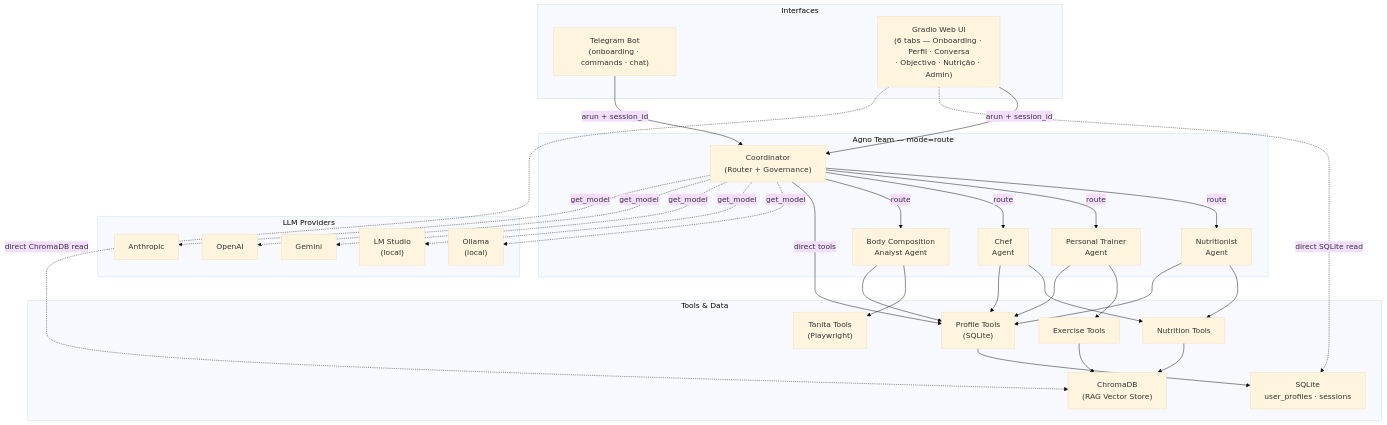
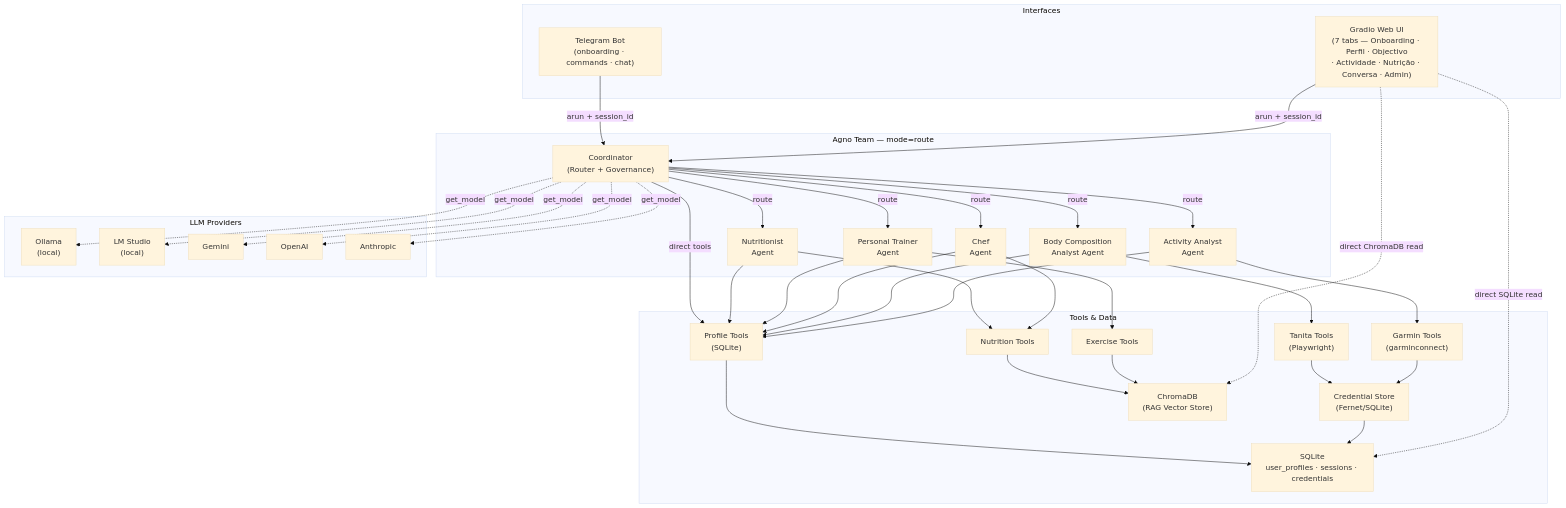
One commit to brunomigueldasilva/my-health-assistant changed the first of 8 diagrams in ARCHITECTURE.md. Above: the diagram before and after it, drawn with Mermaid (base theme). The commit also changed other lines of this file and 19 other files, not shown here.

First line of the commit message:
Add Garmin Connect integration, Activity Analyst agent, and credential store

````diff
--- a/ARCHITECTURE.md
+++ b/ARCHITECTURE.md
@@ -9,58 +9,66 @@
 ```mermaid
 graph TB
     subgraph Interfaces
         TG["Telegram Bot\n(onboarding · commands · chat)"]
-        GR["Gradio Web UI\n(6 tabs — Onboarding · Perfil · Conversa\n· Objectivo · Nutrição · Admin)"]
+        GR["Gradio Web UI\n(7 tabs — Onboarding · Perfil · Objectivo\n· Actividade · Nutrição · Conversa · Admin)"]
     end
 
     subgraph agnoTeam["Agno Team — mode=route"]
         CO["Coordinator\n(Router + Governance)"]
         NU["Nutritionist\nAgent"]
         TR["Personal Trainer\nAgent"]
         CH["Chef\nAgent"]
         BC["Body Composition\nAnalyst Agent"]
+        AA["Activity Analyst\nAgent"]
     end
 
     subgraph tools["Tools & Data"]
         PT["Profile Tools\n(SQLite)"]
         NT["Nutrition Tools"]
         ET["Exercise Tools"]
         TT["Tanita Tools\n(Playwright)"]
+        GT["Garmin Tools\n(garminconnect)"]
+        CS["Credential Store\n(Fernet/SQLite)"]
         KB["ChromaDB\n(RAG Vector Store)"]
-        DB["SQLite\nuser_profiles · sessions"]
+        DB["SQLite\nuser_profiles · sessions · credentials"]
     end
 
     subgraph llmProviders["LLM Providers"]
         OL["Ollama\n(local)"]
         LS["LM Studio\n(local)"]
         GM["Gemini"]
         OA["OpenAI"]
         AN["Anthropic"]
     end
 
     TG -->|arun + session_id| CO
     GR -->|arun + session_id| CO
 
     CO -->|route| NU
     CO -->|route| TR
     CO -->|route| CH
     CO -->|route| BC
+    CO -->|route| AA
     CO -->|direct tools| PT
 
     NU --> NT & PT
     TR --> ET & PT
     CH --> NT & PT
     BC --> TT & PT
+    AA --> GT & PT
 
     NT & ET --> KB
     PT --> DB
+    TT --> CS
+    GT --> CS
+    CS --> DB
 
     GR -.->|direct SQLite read| DB
     GR -.->|direct ChromaDB read| KB
 
     CO -.->|get_model| OL
     CO -.->|get_model| LS
     CO -.->|get_model| GM
     CO -.->|get_model| OA
     CO -.->|get_model| AN
 ```
````
